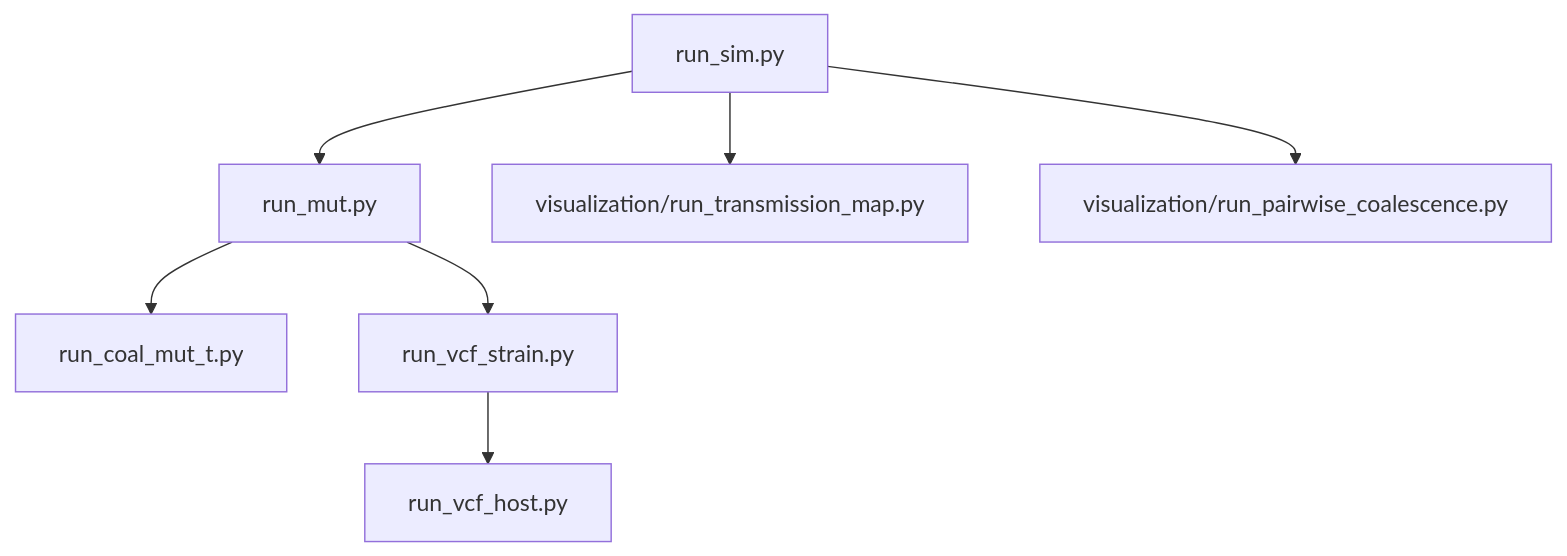
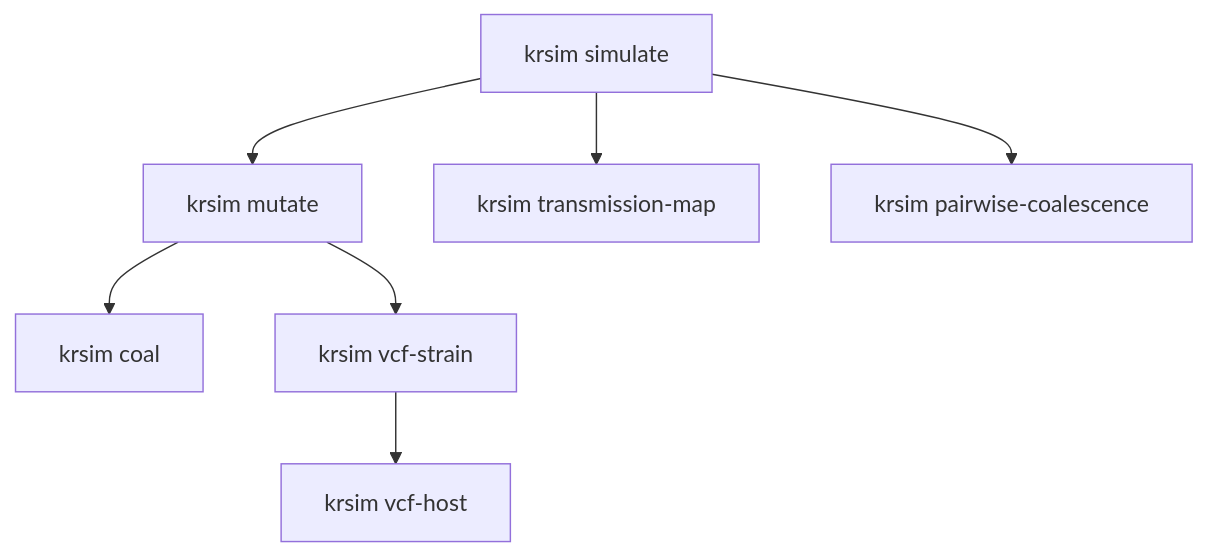
One commit to mrc-ide/KR_simulator changed the diagram in README.md. Above: the diagram before and after it, drawn with Mermaid. The commit also changed other lines of this file and 4 other files, not shown here.

````diff
--- a/README.md
+++ b/README.md
@@ -43,17 +49,17 @@
 ```mermaid
 graph TD
-    sim["run_sim.py"]
-    mut["run_mut.py"]
-    tmap["visualization/run_transmission_map.py"]
-    pairwise["visualization/run_pairwise_coalescence.py"]
-    coal["run_coal_mut_t.py"]
-    vcfs["run_vcf_strain.py"]
-    vcfh["run_vcf_host.py"]
+    sim["krsim simulate"]
+    mut["krsim mutate"]
+    tmap["krsim transmission-map"]
+    pairwise["krsim pairwise-coalescence"]
+    coal["krsim coal"]
+    vcfs["krsim vcf-strain"]
+    vcfh["krsim vcf-host"]
 
     sim --> mut
     sim --> tmap
     sim --> pairwise
     mut --> coal
     mut --> vcfs
     vcfs --> vcfh
 ```
````
